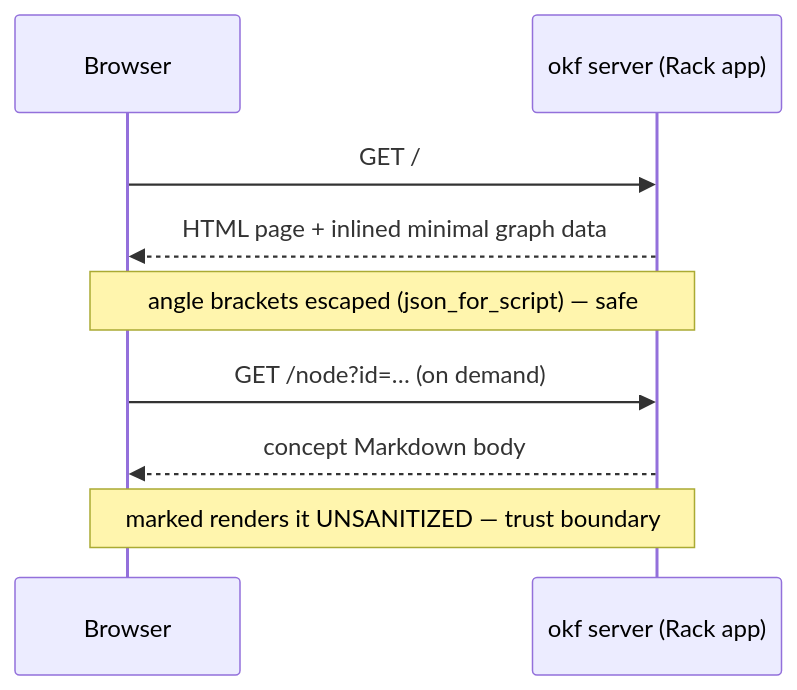
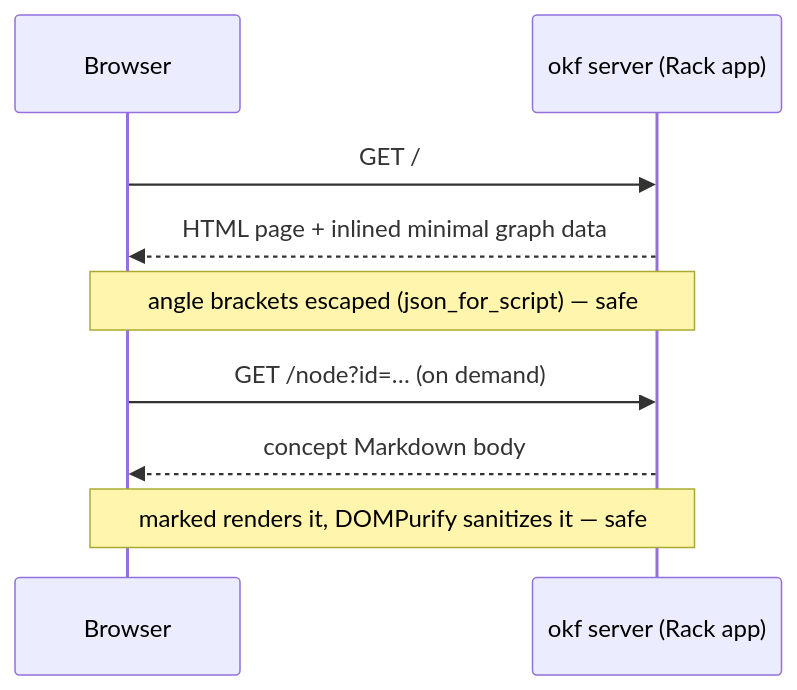
One commit to serradura/okf-gem changed the diagram in .okf/capabilities/graph-server.md. Above: the diagram before and after it, drawn with Mermaid. The commit also changed other lines of this file and 4 other files, not shown here.

````diff
--- a/.okf/capabilities/graph-server.md
+++ b/.okf/capabilities/graph-server.md
@@ -29,11 +31,11 @@
 ```mermaid
 sequenceDiagram
   participant B as Browser
   participant A as okf server (Rack app)
   B->>A: GET /
   A-->>B: HTML page + inlined minimal graph data
   Note over A,B: angle brackets escaped (json_for_script) — safe
   B->>A: GET /node?id=… (on demand)
   A-->>B: concept Markdown body
-  Note over A,B: marked renders it UNSANITIZED — trust boundary
+  Note over A,B: marked renders it, DOMPurify sanitizes it — safe
 ```
````
